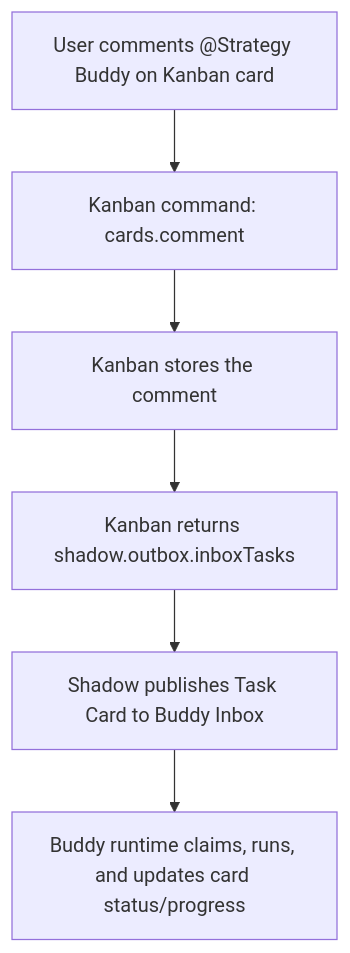
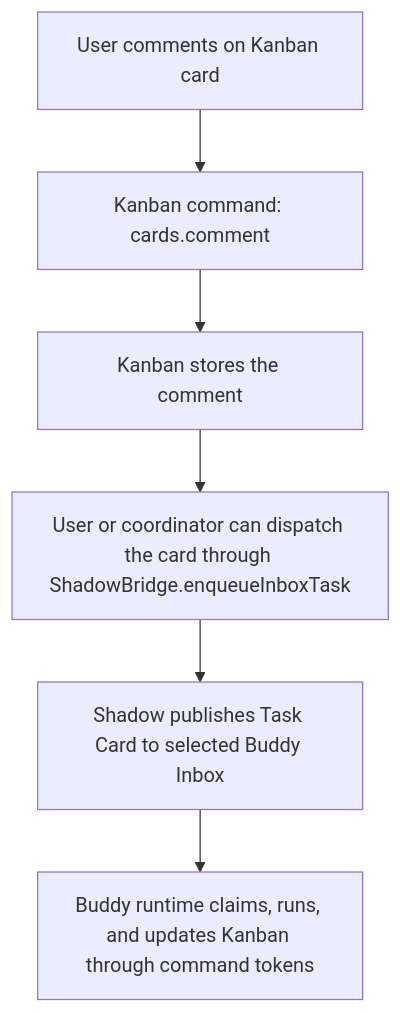
The second of 4 diagrams in docs/development/multica-shadow-server-app-research.zh-CN.md (buggyblues/shadow), drawn with Mermaid before and after one commit. The commit also changed other lines of this file and 228 other files, not shown here.

Commit message:
fix: stabilize buddy inbox checks

````diff
--- a/docs/development/multica-shadow-server-app-research.zh-CN.md
+++ b/docs/development/multica-shadow-server-app-research.zh-CN.md
@@ -251,8 +254,8 @@
 ```mermaid
 flowchart TD
-  A["User comments @Strategy Buddy on Kanban card"] --> B["Kanban command: cards.comment"]
+  A["User comments on Kanban card"] --> B["Kanban command: cards.comment"]
   B --> C["Kanban stores the comment"]
-  C --> D["Kanban returns shadow.outbox.inboxTasks"]
-  D --> E["Shadow publishes Task Card to Buddy Inbox"]
-  E --> F["Buddy runtime claims, runs, and updates card status/progress"]
+  C --> D["User or coordinator can dispatch the card through ShadowBridge.enqueueInboxTask"]
+  D --> E["Shadow publishes Task Card to selected Buddy Inbox"]
+  E --> F["Buddy runtime claims, runs, and updates Kanban through command tokens"]
 ```
````
